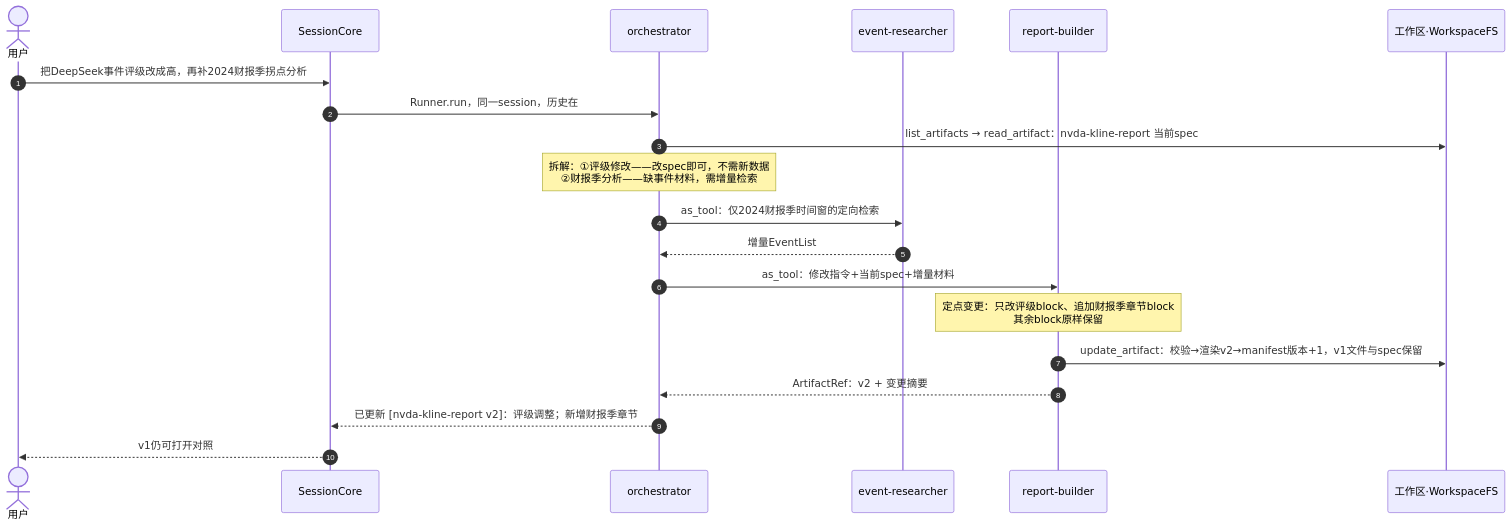
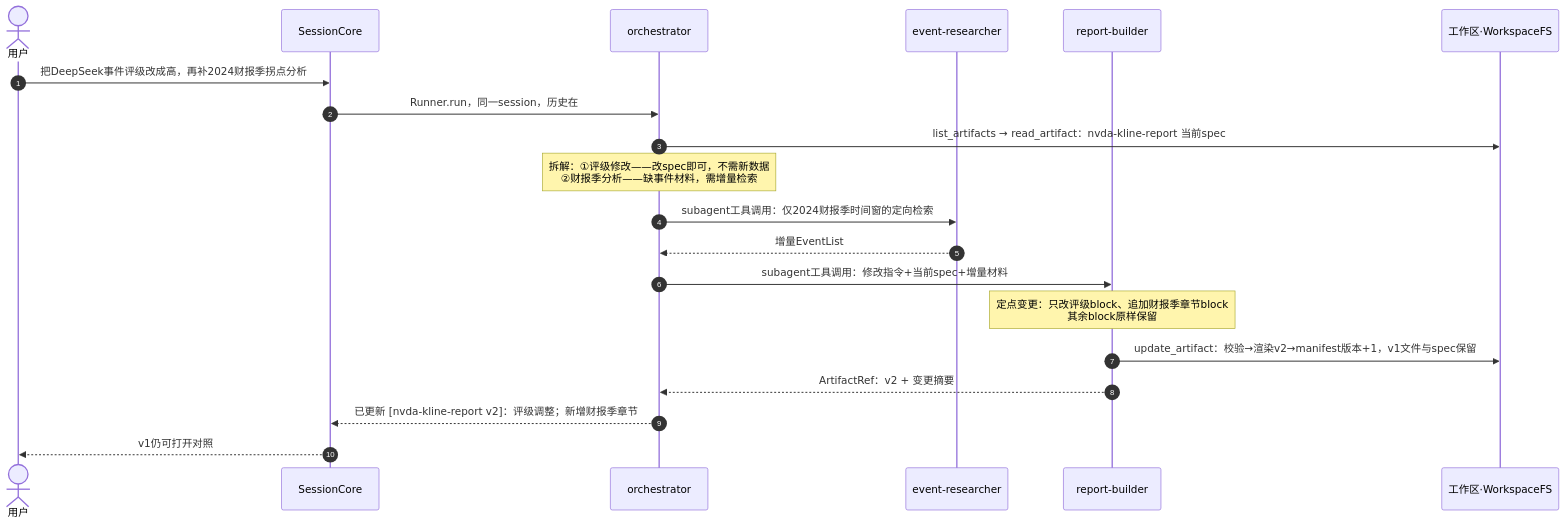
One commit to yibo365/finance-agent changed the second of 3 diagrams in docs/architecture-and-flow.md. Above: the diagram before and after it, drawn with Mermaid. The commit also changed other lines of this file and 28 other files, not shown here.

````diff
--- a/docs/architecture-and-flow.md
+++ b/docs/architecture-and-flow.md
@@ -73,23 +73,23 @@
 ```mermaid
 sequenceDiagram
     autonumber
     actor U as 用户
     participant S as SessionCore
     participant O as orchestrator
     participant ER as event-researcher
     participant RB as report-builder
     participant WS as 工作区·WorkspaceFS
 
     U->>S: 把DeepSeek事件评级改成高，再补2024财报季拐点分析
     S->>O: Runner.run，同一session，历史在
     O->>WS: list_artifacts → read_artifact：nvda-kline-report 当前spec
     Note over O: 拆解：①评级修改——改spec即可，不需新数据<br>②财报季分析——缺事件材料，需增量检索
-    O->>ER: as_tool：仅2024财报季时间窗的定向检索
+    O->>ER: subagent工具调用：仅2024财报季时间窗的定向检索
     ER-->>O: 增量EventList
-    O->>RB: as_tool：修改指令+当前spec+增量材料
+    O->>RB: subagent工具调用：修改指令+当前spec+增量材料
     Note over RB: 定点变更：只改评级block、追加财报季章节block<br>其余block原样保留
     RB->>WS: update_artifact：校验→渲染v2→manifest版本+1，v1文件与spec保留
     RB-->>O: ArtifactRef：v2 + 变更摘要
     O-->>S: 已更新 [nvda-kline-report v2]：评级调整；新增财报季章节
     S-->>U: v1仍可打开对照
 ```
````
